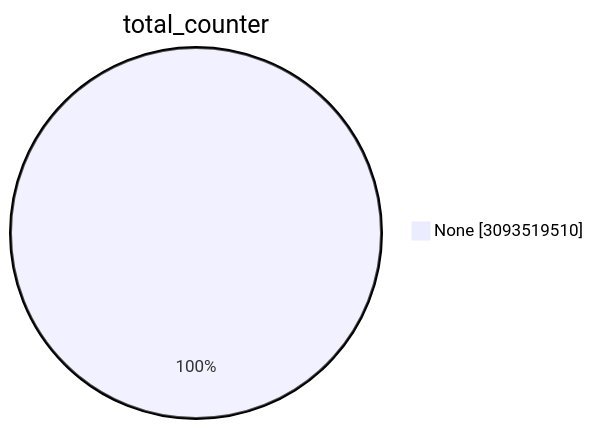
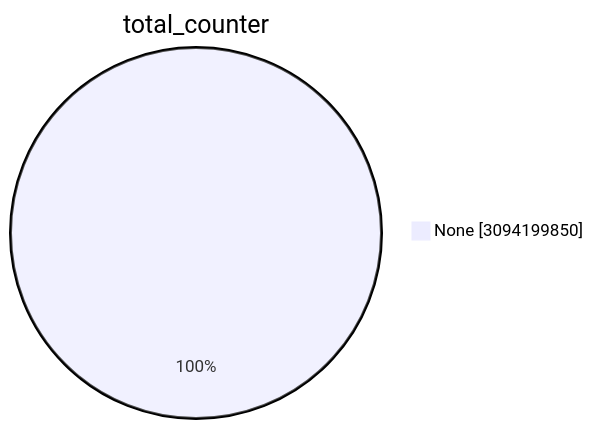
The first of 15 diagrams in TOTAL/README.md (christiankrug/ctmonitor_visualization), drawn with Mermaid before and after one commit. The commit also changed other lines of this file, not shown here.

````diff
--- a/TOTAL/README.md
+++ b/TOTAL/README.md
@@ -1,5 +1,5 @@
 ```mermaid
 pie showData
 title total_counter
-"None" :3093519510
+"None" :3094199850
 ```
````
